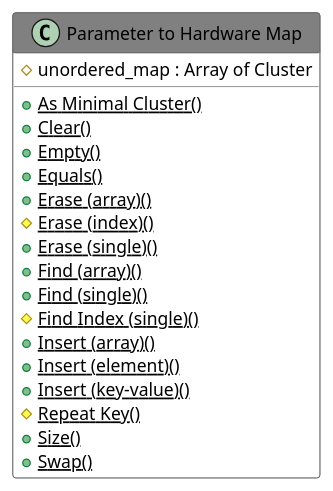
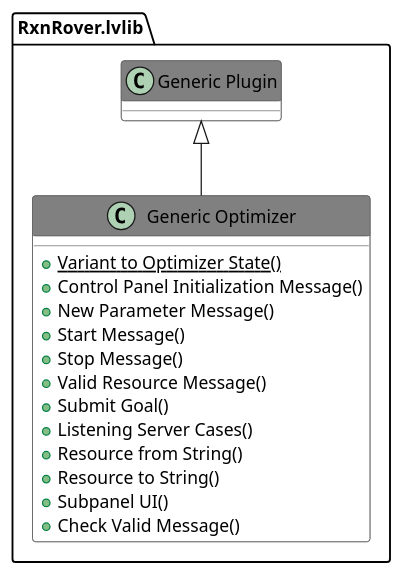
Before and after one commit to RxnRover/RxnRover: the diagram in _static/api/Includes/014.adoc, drawn with PlantUML. The commit also changed other lines of this file and 405 other files, not shown here.

```diff
--- a/_static/api/Includes/014.adoc
+++ b/_static/api/Includes/014.adoc
@@ -10,35 +10,31 @@
 [plantuml, format="svg", align="center"]
 ....
 @startuml
 set namespaceSeparator :
 skinparam ClassBackgroundColor #FFFFFF
 skinparam ClassBorderColor #555555
 skinparam ClassFontColor #000000
 skinparam ClassHeaderBackgroundColor #808080
 
 skinparam top to bottom direction
-class "Parameter to Hardware Map" {
-{field} #unordered_map : Array of Cluster
-{static} {method} +As Minimal Cluster()
-{static} {method} +Clear()
-{static} {method} +Empty()
-{static} {method} +Equals()
-{static} {method} +Erase (array)()
-{static} {method} #Erase (index)()
-{static} {method} +Erase (single)()
-{static} {method} +Find (array)()
-{static} {method} +Find (single)()
-{static} {method} #Find Index (single)()
-{static} {method} +Insert (array)()
-{static} {method} +Insert (element)()
-{static} {method} +Insert (key-value)()
-{static} {method} #Repeat Key()
-{static} {method} +Size()
-{static} {method} +Swap()
+class "RxnRover.lvlib:Generic Optimizer" {
+{static} {method} +Variant to Optimizer State()
+{method} +Control Panel Initialization Message()
+{method} +New Parameter Message()
+{method} +Start Message()
+{method} +Stop Message()
+{method} +Valid Resource Message()
+{method} +Submit Goal()
+{method} +Listening Server Cases()
+{method} +Resource from String()
+{method} +Resource to String()
+{method} +Subpanel UI()
+{method} +Check Valid Message()
 
 }
+"RxnRover.lvlib:Generic Plugin" <|-- "RxnRover.lvlib:Generic Optimizer"
 
 
 
 @enduml
 ....
```
